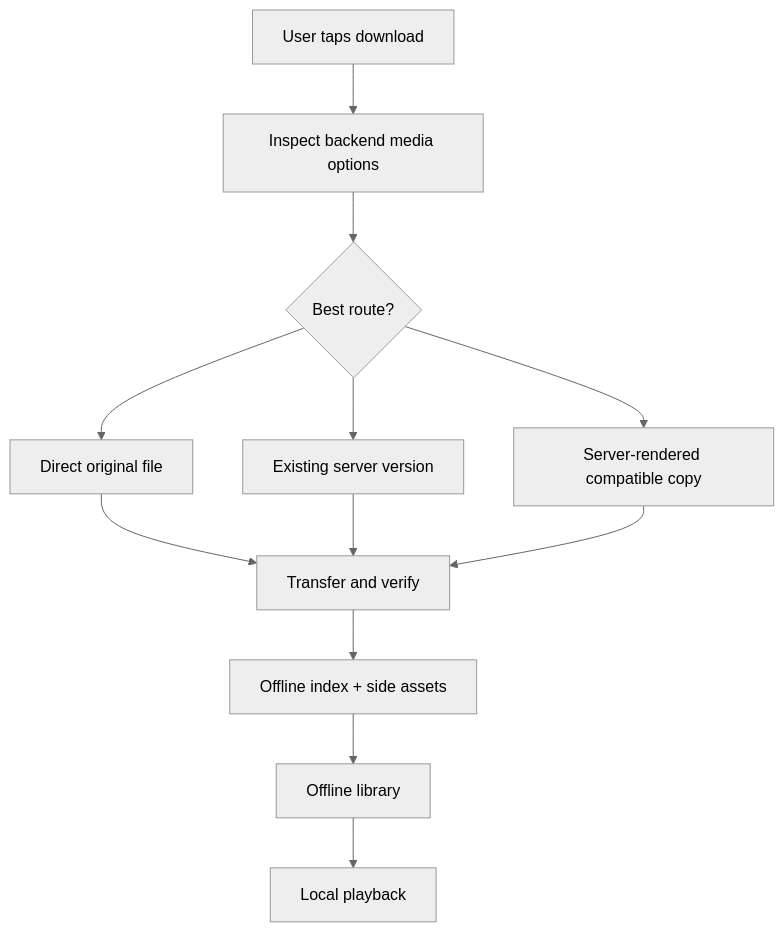
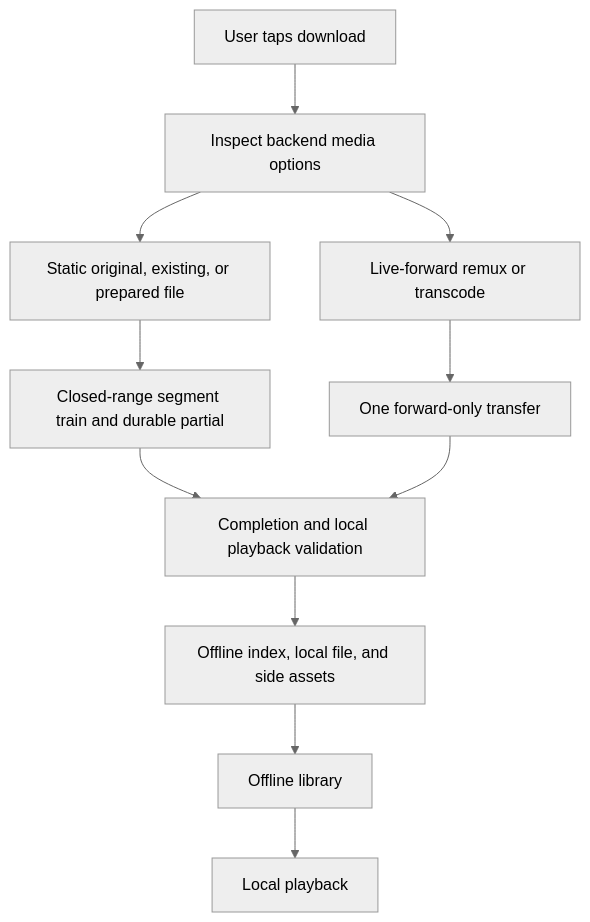
One commit to jlipworth/Labstream changed the first of 3 diagrams in docs/DOWNLOADS-OFFLINE.md. Above: the diagram before and after it, drawn with Mermaid (neutral theme). The commit also changed other lines of this file and 44 other files, not shown here.

````diff
--- a/docs/DOWNLOADS-OFFLINE.md
+++ b/docs/DOWNLOADS-OFFLINE.md
@@ -5,14 +5,15 @@
 ```mermaid
 flowchart TD
+  accTitle: Static and live-forward download routes
+  accDescr: Backend inspection selects either a durable static source or a live-forward server stream. Static files use byte-range checkpoints; live-forward streams can require a restart from the beginning after interruption. Both routes keep a file only after completion validation.
   Request[User taps download] --> Inspect[Inspect backend media options]
-  Inspect --> Route{Best route?}
-  Route --> Original[Direct original file]
-  Route --> Existing[Existing server version]
-  Route --> Rendered[Server-rendered compatible copy]
-  Original --> Transfer[Transfer and verify]
-  Existing --> Transfer
-  Rendered --> Transfer
-  Transfer --> Store[Offline index + side assets]
+  Inspect --> Static[Static original, existing, or prepared file]
+  Inspect --> Live[Live-forward remux or transcode]
+  Static --> Train[Closed-range segment train and durable partial]
+  Live --> Forward[One forward-only transfer]
+  Train --> Validate[Completion and local playback validation]
+  Forward --> Validate
+  Validate --> Store[Offline index, local file, and side assets]
   Store --> Offline[Offline library]
   Offline --> Player[Local playback]
 ```
````
